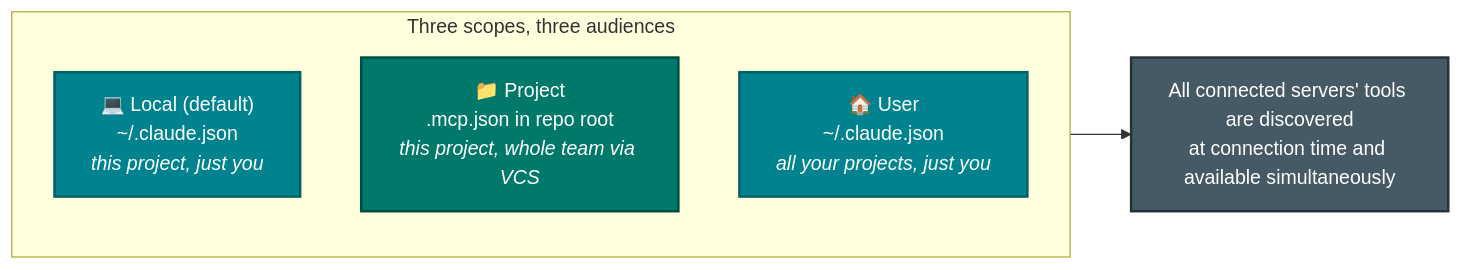
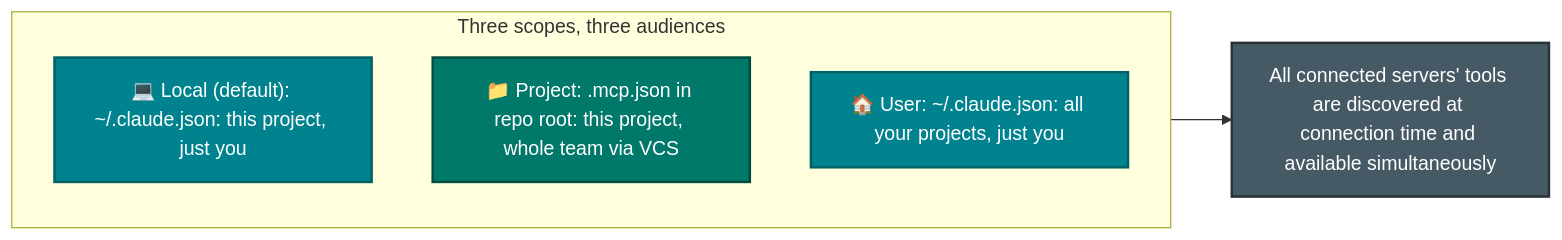
Before and after one commit to parmar-m/claude-architect-certification-prep: the third of 6 diagrams in CCA-F/domains/d2-tool-design-mcp.md, drawn with Mermaid. The commit also changed other lines of this file and 25 other files, not shown here.

````diff
--- a/CCA-F/domains/d2-tool-design-mcp.md
+++ b/CCA-F/domains/d2-tool-design-mcp.md
@@ -160,15 +160,15 @@
 ```mermaid
 flowchart LR
     subgraph SCOPES["Three scopes, three audiences"]
-        L["💻 Local (default)<br/>~/.claude.json<br/><i>this project, just you</i>"]
-        A["📁 Project<br/>.mcp.json in repo root<br/><i>this project, whole team via VCS</i>"]
-        C["🏠 User<br/>~/.claude.json<br/><i>all your projects, just you</i>"]
+        L["💻 Local (default): ~/.claude.json: this project, just you"]
+        A["📁 Project: .mcp.json in repo root: this project, whole team via VCS"]
+        C["🏠 User: ~/.claude.json: all your projects, just you"]
     end
-    SCOPES --> D["All connected servers' tools are discovered<br/>at connection time and available simultaneously"]
+    SCOPES --> D["All connected servers' tools are discovered at connection time and available simultaneously"]
     classDef proj fill:#00796B,color:#fff,stroke:#004D40,stroke-width:2px
     classDef user fill:#00838F,color:#fff,stroke:#006064,stroke-width:2px
     classDef out fill:#455A64,color:#fff,stroke:#263238,stroke-width:2px
     class A proj
     class L,C user
     class D out
 ```
````
